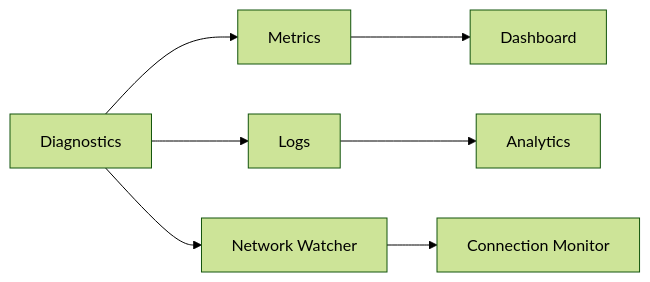
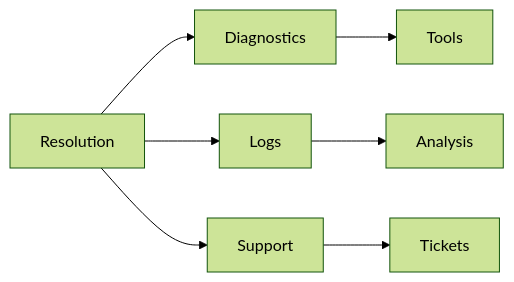
One commit to saravanakumarrc/Architecture_Journey changed diagram 18 of 18 in src/azure/az-104/Load_Balancing.md. Above: the diagram before and after it, drawn with Mermaid (forest theme). The commit also changed other lines of this file and 6 other files, not shown here.

````diff
--- a/src/azure/az-104/Load_Balancing.md
+++ b/src/azure/az-104/Load_Balancing.md
@@ -265,10 +295,10 @@
 ```mermaid
 graph LR
-    A[Diagnostics] --> B[Metrics]
+    A[Resolution] --> B[Diagnostics]
     A --> C[Logs]
-    A --> D[Network Watcher]
+    A --> D[Support]
     
-    B --> E[Dashboard]
-    C --> F[Analytics]
-    D --> G[Connection Monitor]
+    B --> E[Tools]
+    C --> F[Analysis]
+    D --> G[Tickets]
 ```
````
